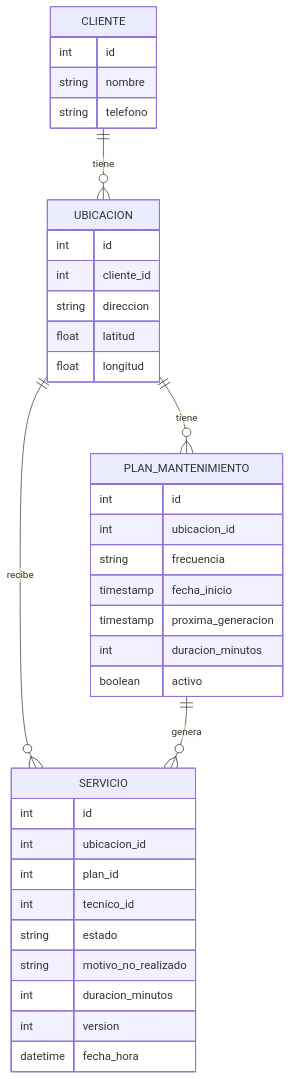
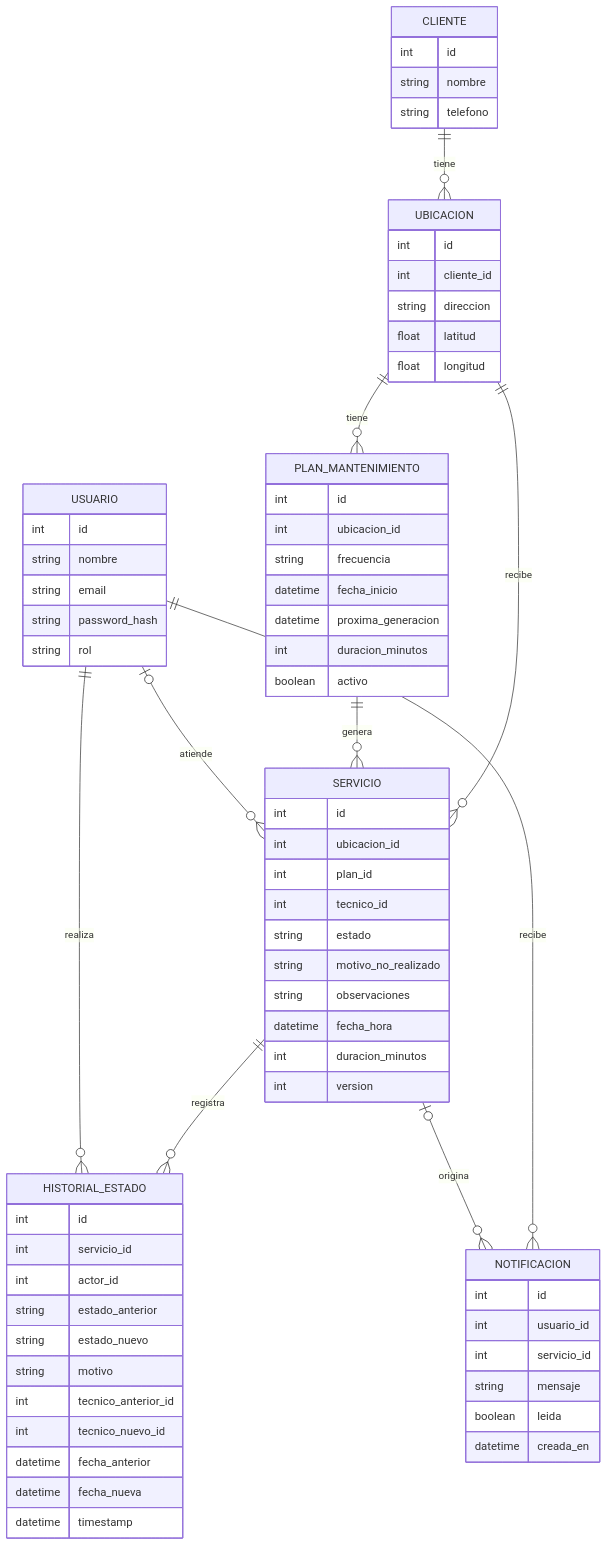
One commit to MaximilianoRao/EasyPool changed the diagram in Trabajo Integrador Final.md. Above: the diagram before and after it, drawn with Mermaid. The commit also changed other lines of this file and 9 other files, not shown here.

````diff
--- a/Trabajo Integrador Final.md
+++ b/Trabajo Integrador Final.md
@@ -340,40 +345,74 @@
 ```mermaid
 erDiagram
     CLIENTE ||--o{ UBICACION : "tiene"
     UBICACION ||--o{ PLAN_MANTENIMIENTO : "tiene"
     UBICACION ||--o{ SERVICIO : "recibe"
     PLAN_MANTENIMIENTO ||--o{ SERVICIO : "genera"
+    USUARIO |o--o{ SERVICIO : "atiende"
+    SERVICIO ||--o{ HISTORIAL_ESTADO : "registra"
+    USUARIO ||--o{ HISTORIAL_ESTADO : "realiza"
+    USUARIO ||--o{ NOTIFICACION : "recibe"
+    SERVICIO |o--o{ NOTIFICACION : "origina"
 
     CLIENTE {
         int id
         string nombre
         string telefono
     }
     UBICACION {
         int id
         int cliente_id
         string direccion
         float latitud
         float longitud
     }
     PLAN_MANTENIMIENTO {
         int id
         int ubicacion_id
         string frecuencia
-        timestamp fecha_inicio
-        timestamp proxima_generacion
+        datetime fecha_inicio
+        datetime proxima_generacion
         int duracion_minutos
         boolean activo
     }
     SERVICIO {
         int id
         int ubicacion_id
         int plan_id
         int tecnico_id
         string estado
         string motivo_no_realizado
+        string observaciones
+        datetime fecha_hora
         int duracion_minutos
         int version
-        datetime fecha_hora
+    }
+    USUARIO {
+        int id
+        string nombre
+        string email
+        string password_hash
+        string rol
+    }
+    HISTORIAL_ESTADO {
+        int id
+        int servicio_id
+        int actor_id
+        string estado_anterior
+        string estado_nuevo
+        string motivo
+        int tecnico_anterior_id
+        int tecnico_nuevo_id
+        datetime fecha_anterior
+        datetime fecha_nueva
+        datetime timestamp
+    }
+    NOTIFICACION {
+        int id
+        int usuario_id
+        int servicio_id
+        string mensaje
+        boolean leida
+        datetime creada_en
     }
 ```
````
